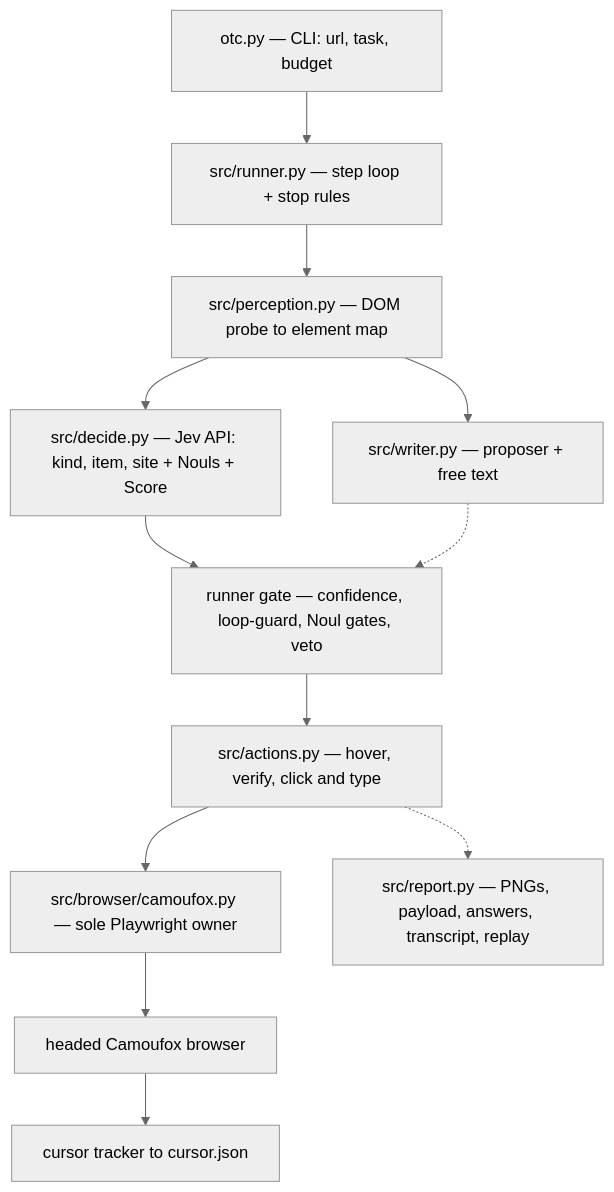
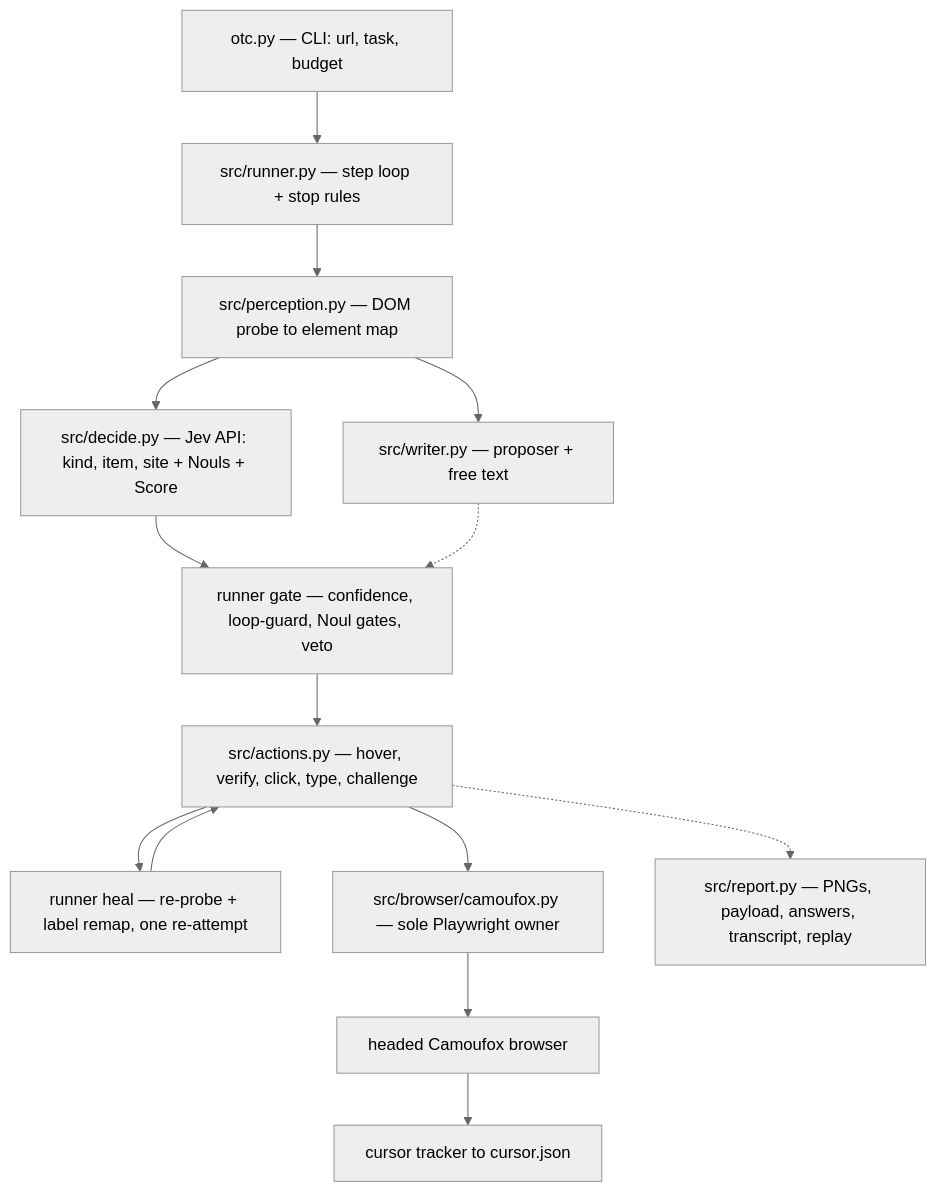
The first of 2 diagrams in README.md (PRACE1/open-typesafe-camoufox), drawn with Mermaid (neutral theme) before and after one commit. The commit also changed other lines of this file and 16 other files, not shown here.

First line of the commit message:
Self-healing loop: engine-driven phases, heal retries, challenge kind, overlay dismiss

````diff
--- a/README.md
+++ b/README.md
@@ -105,25 +111,28 @@
 ```mermaid
 flowchart TB
     CLI["otc.py — CLI: url, task, budget"]
     RUNNER["src/runner.py — step loop + stop rules"]
     PERC["src/perception.py — DOM probe to element map"]
     DECIDE["src/decide.py — Jev API: kind, item, site + Nouls + Score"]
     WRITER["src/writer.py — proposer + free text"]
     GATE["runner gate — confidence, loop-guard, Noul gates, veto"]
-    ACT["src/actions.py — hover, verify, click and type"]
+    ACT["src/actions.py — hover, verify, click, type, challenge"]
+    HEAL["runner heal — re-probe + label remap, one re-attempt"]
     PLAT["src/browser/camoufox.py — sole Playwright owner"]
     FOX["headed Camoufox browser"]
     TRACK["cursor tracker to cursor.json"]
     REP["src/report.py — PNGs, payload, answers, transcript, replay"]
     CLI --> RUNNER
     RUNNER --> PERC
     PERC --> DECIDE
     PERC --> WRITER
     DECIDE --> GATE
     WRITER -.-> GATE
     GATE --> ACT
+    ACT --> HEAL
+    HEAL --> ACT
     ACT --> PLAT
     PLAT --> FOX
     FOX --> TRACK
     ACT -.-> REP
 ```
````
